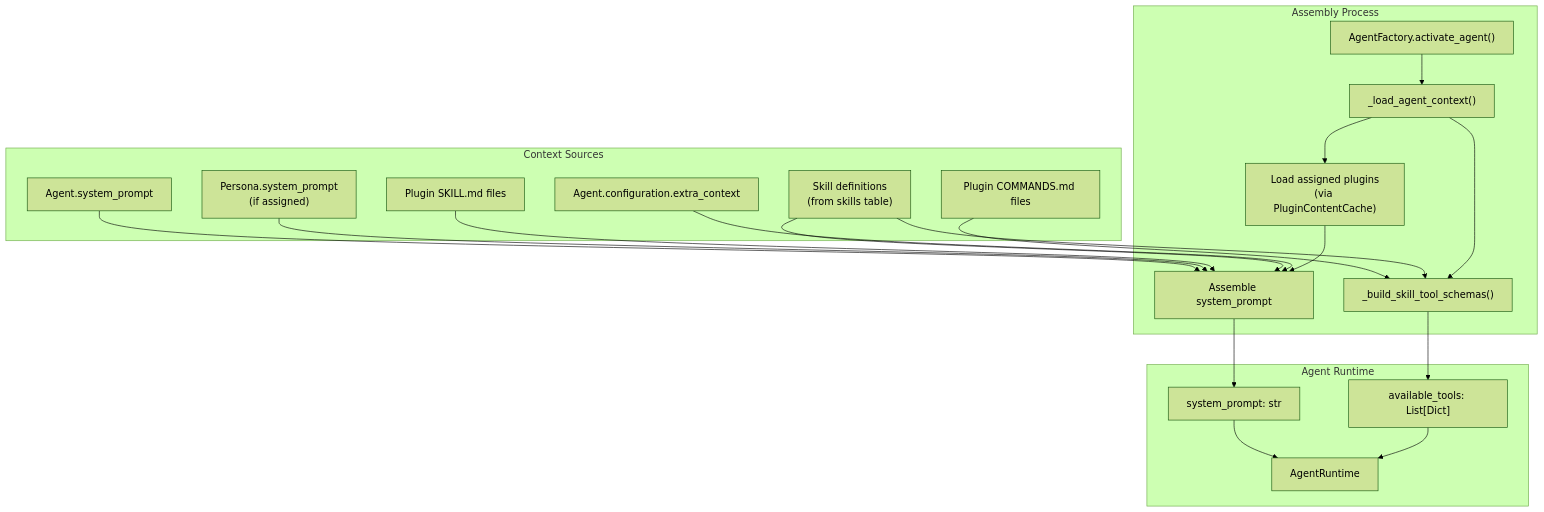
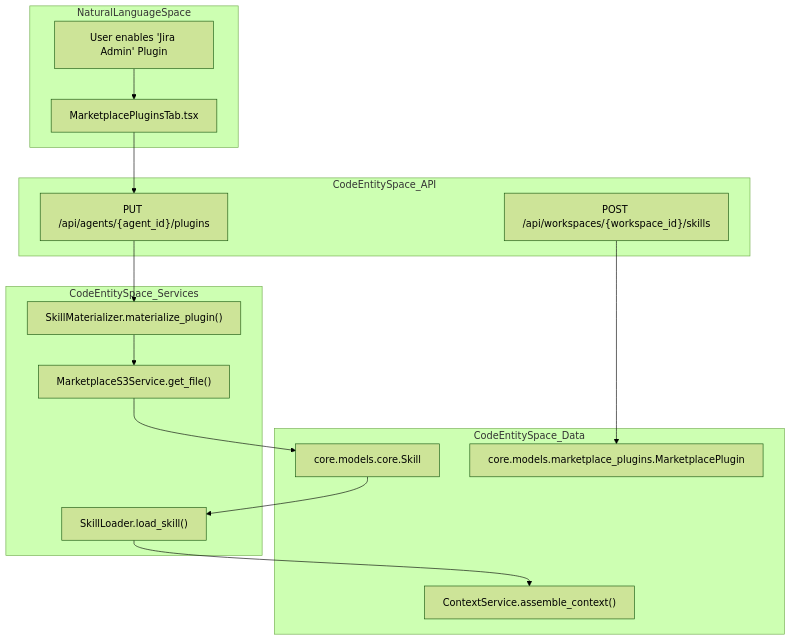
Before and after one commit to AutomatosAI/automatos-ai: the first of 2 diagrams in docs/agents/agent-plugins-skills.md, drawn with Mermaid (forest theme). The commit also changed other lines of this file and 149 other files, not shown here.

Commit message:
docs: refresh documentation with graphify semantic scan

````diff
--- a/docs/agents/agent-plugins-skills.md
+++ b/docs/agents/agent-plugins-skills.md
@@ -402,44 +89,33 @@
 ```mermaid
-graph TB
-    subgraph "Context Sources"
-        BasePrompt["Agent.system_prompt"]
-        Persona["Persona.system_prompt<br/>(if assigned)"]
-        PluginSkills["Plugin SKILL.md files"]
-        PluginCommands["Plugin COMMANDS.md files"]
-        SkillDefs["Skill definitions<br/>(from skills table)"]
-        ExtraContext["Agent.configuration.extra_context"]
+graph TD
+    subgraph "NaturalLanguageSpace"
+        UserIntent["User enables 'Jira Admin' Plugin"]
+        UI_Toggle["MarketplacePluginsTab.tsx"]
     end
-    
-    subgraph "Assembly Process"
-        Factory["AgentFactory.activate_agent()"]
-        LoadContext["_load_agent_context()"]
-        LoadPlugins["Load assigned plugins<br/>(via PluginContentCache)"]
-        BuildTools["_build_skill_tool_schemas()"]
-        Assemble["Assemble system_prompt"]
+
+    subgraph "CodeEntitySpace_API"
+        API_Plugins["PUT /api/agents/{agent_id}/plugins"]
+        API_WS_Skills["POST /api/workspaces/{workspace_id}/skills"]
     end
-    
-    subgraph "Agent Runtime"
-        Runtime["AgentRuntime"]
-        SystemPrompt["system_prompt: str"]
-        Tools["available_tools: List[Dict]"]
+
+    subgraph "CodeEntitySpace_Services"
+        SM_Service["SkillMaterializer.materialize_plugin()"]
+        S_Loader["SkillLoader.load_skill()"]
+        S3_Srv["MarketplaceS3Service.get_file()"]
     end
-    
-    BasePrompt --> Assemble
-    Persona --> Assemble
-    PluginSkills --> Assemble
-    SkillDefs --> Assemble
-    ExtraContext --> Assemble
-    
-    PluginCommands --> BuildTools
-    SkillDefs --> BuildTools
-    
-    Factory --> LoadContext
-    LoadContext --> LoadPlugins
-    LoadPlugins --> Assemble
-    LoadContext --> BuildTools
-    
-    Assemble --> SystemPrompt
-    BuildTools --> Tools
-    SystemPrompt --> Runtime
-    Tools --> Runtime
+
+    subgraph "CodeEntitySpace_Data"
+        DB_Skill["core.models.core.Skill"]
+        DB_Plugin["core.models.marketplace_plugins.MarketplacePlugin"]
+        Context["ContextService.assemble_context()"]
+    end
+
+    UserIntent --> UI_Toggle
+    UI_Toggle --> API_Plugins
+    API_Plugins --> SM_Service
+    SM_Service --> S3_Srv
+    S3_Srv --> DB_Skill
+    DB_Skill --> S_Loader
+    S_Loader --> Context
+    API_WS_Skills --> DB_Plugin
 ```
````
